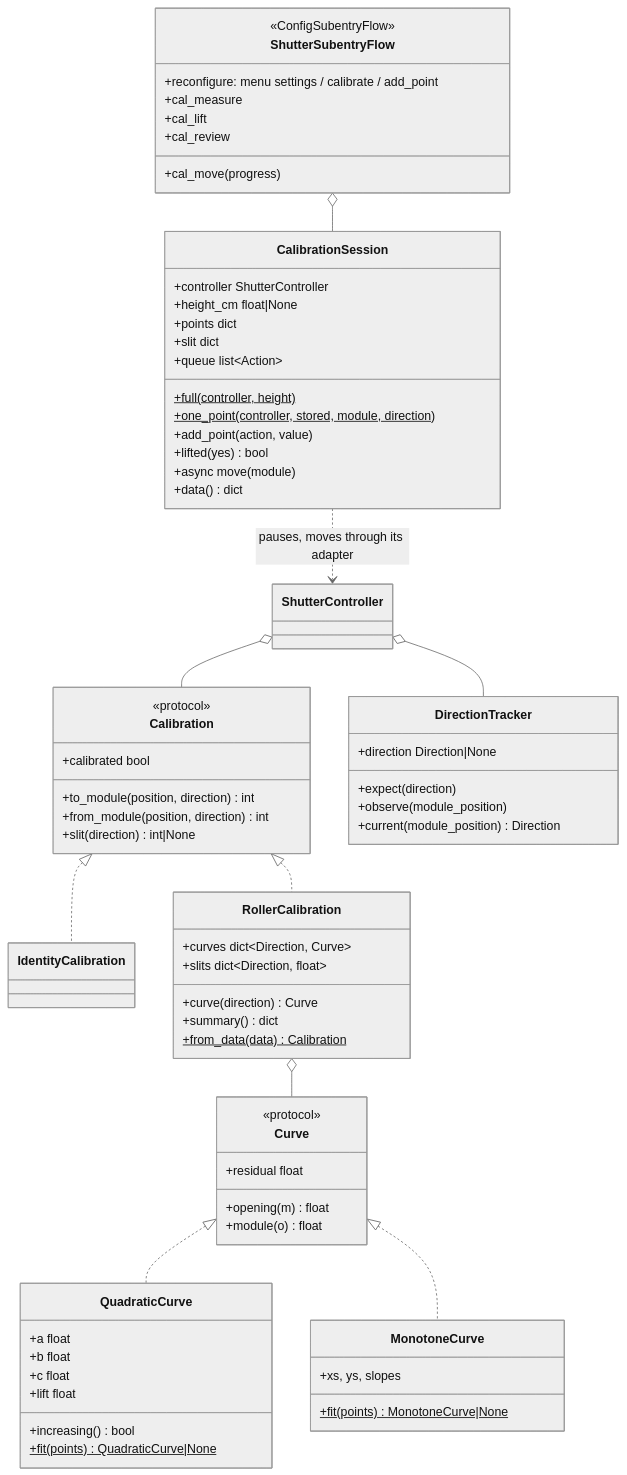
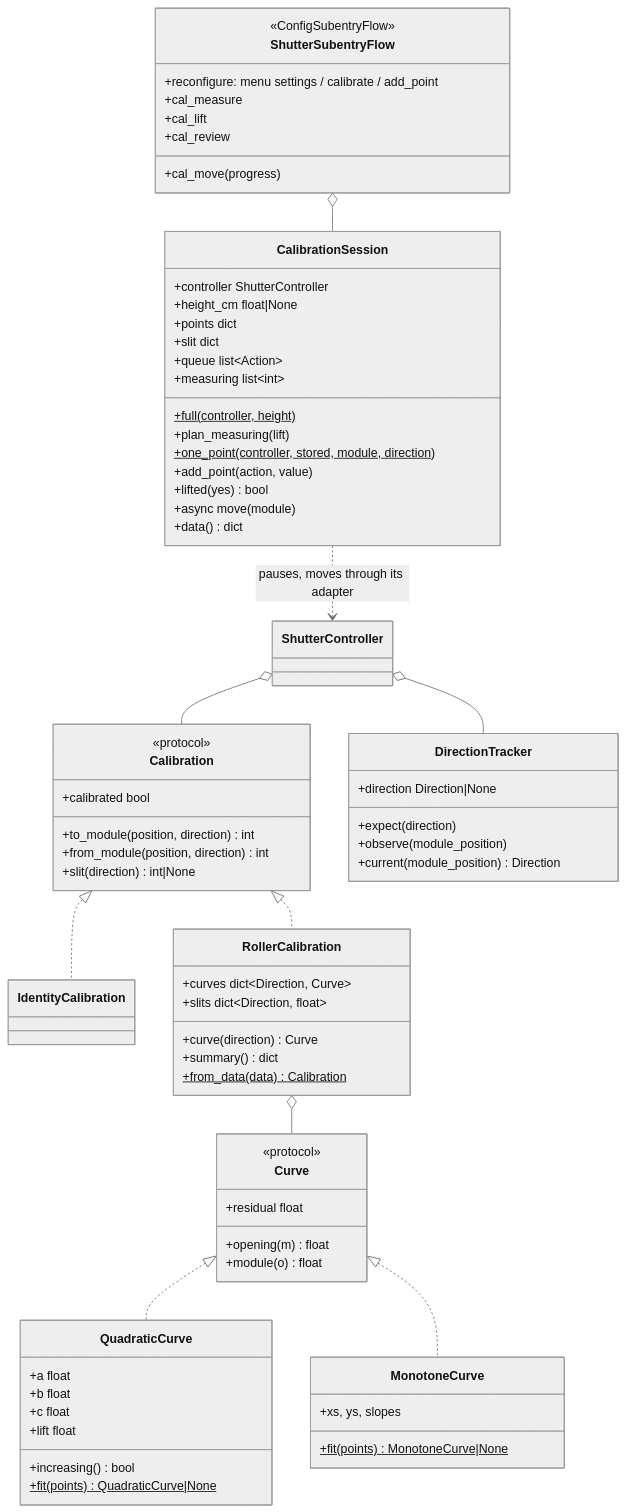
Before and after one commit to abroeders/smart-shutter-control: the seventh of 13 diagrams in docs/architecture.md, drawn with Mermaid (neutral theme). The commit also changed other lines of this file and 2 other files, not shown here.

Commit message:
docs: calibration fixes, opening and state in the design, architecture and changelog (#13, #14)

````diff
--- a/docs/architecture.md
+++ b/docs/architecture.md
@@ -207,73 +209,75 @@
 ```mermaid
 classDiagram
     direction TB
     class Calibration {
         <<protocol>>
         +calibrated bool
         +to_module(position, direction) int
         +from_module(position, direction) int
         +slit(direction) int|None
     }
     class IdentityCalibration
     class RollerCalibration {
         +curves dict~Direction, Curve~
         +slits dict~Direction, float~
         +curve(direction) Curve
         +summary() dict
         +from_data(data)$ Calibration
     }
     class Curve {
         <<protocol>>
         +residual float
         +opening(m) float
         +module(o) float
     }
     class QuadraticCurve {
         +a float
         +b float
         +c float
         +lift float
         +increasing() bool
         +fit(points)$ QuadraticCurve|None
     }
     class MonotoneCurve {
         +xs, ys, slopes
         +fit(points)$ MonotoneCurve|None
     }
     class DirectionTracker {
         +direction Direction|None
         +expect(direction)
         +observe(module_position)
         +current(module_position) Direction
     }
     class CalibrationSession {
         +controller ShutterController
         +height_cm float|None
         +points dict
         +slit dict
         +queue list~Action~
+        +measuring list~int~
         +full(controller, height)$
+        +plan_measuring(lift)
         +one_point(controller, stored, module, direction)$
         +add_point(action, value)
         +lifted(yes) bool
         +async move(module)
         +data() dict
     }
     class ShutterSubentryFlow {
         <<ConfigSubentryFlow>>
         +reconfigure: menu settings / calibrate / add_point
         +cal_move (progress)
         +cal_measure
         +cal_lift
         +cal_review
     }
     Calibration <|.. IdentityCalibration
     Calibration <|.. RollerCalibration
     RollerCalibration o-- Curve
     Curve <|.. QuadraticCurve
     Curve <|.. MonotoneCurve
     ShutterController o-- Calibration
     ShutterController o-- DirectionTracker
     ShutterSubentryFlow o-- CalibrationSession
     CalibrationSession ..> ShutterController : pauses, moves through its adapter
 ```
````
